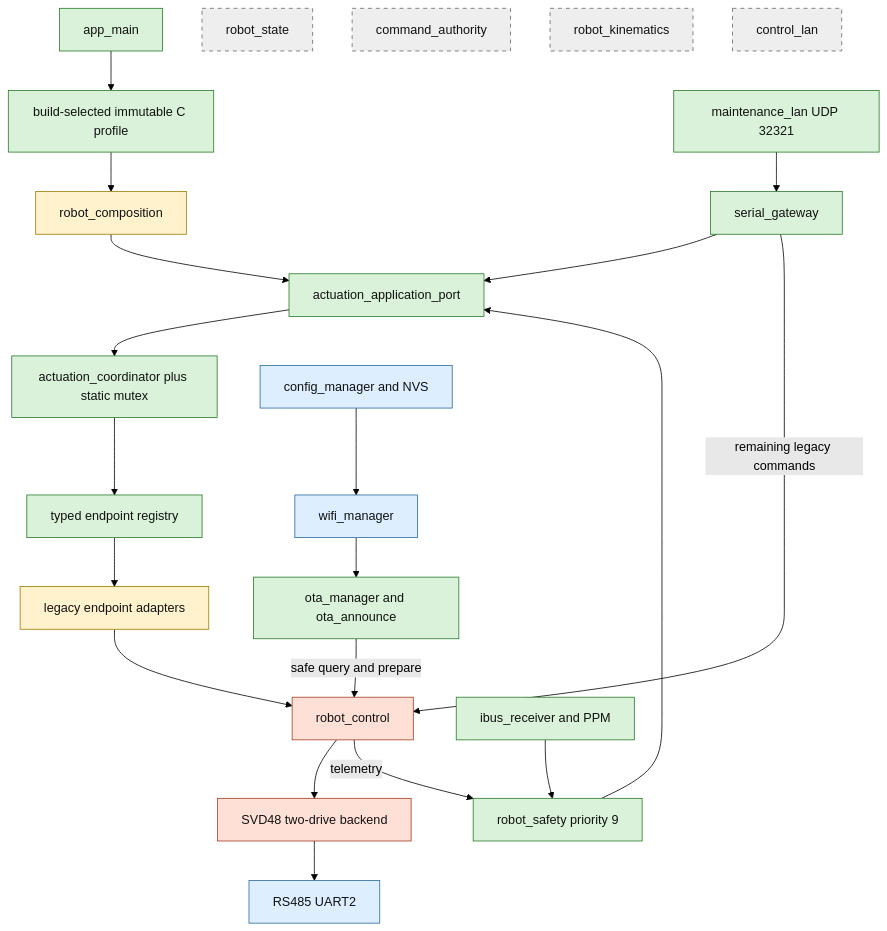
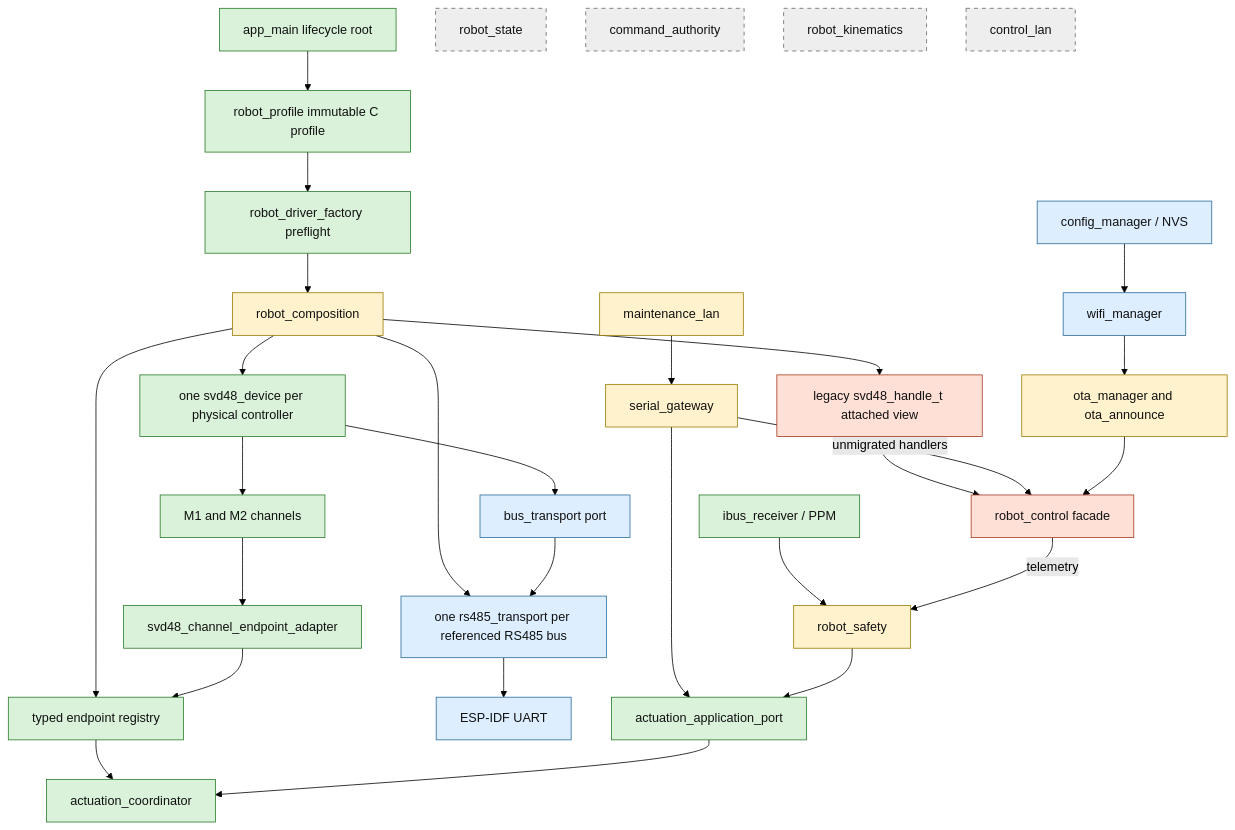
Before and after one commit to juanpmz2001/sistema-motriz-rs485: the first of 5 diagrams in docs/ARCHITECTURE.md, drawn with Mermaid (forest theme). The commit also changed other lines of this file and 67 other files, not shown here.

First line of the commit message:
refactor: complete SVD48 device composition iteration (#5)

````diff
--- a/docs/ARCHITECTURE.md
+++ b/docs/ARCHITECTURE.md
@@ -14,33 +17,39 @@
 ```mermaid
 flowchart TB
   classDef active fill:#d9f2d9,stroke:#287a28,color:#111
   classDef transition fill:#fff2cc,stroke:#9a7b00,color:#111
   classDef legacy fill:#ffe0d6,stroke:#a33a20,color:#111
   classDef dormant fill:#eeeeee,stroke:#666,stroke-dasharray:5 5,color:#111
   classDef infra fill:#dceeff,stroke:#286a9a,color:#111
 
-  MAIN[app_main]:::active --> PROFILE[build-selected immutable C profile]:::active
-  PROFILE --> COMPOSE[robot_composition]:::transition
-  COMPOSE --> APP[actuation_application_port]:::active
-  APP --> COORD[actuation_coordinator plus static mutex]:::active
-  COORD --> ENDPOINTS[typed endpoint registry]:::active
-  ENDPOINTS --> ADAPTER[legacy endpoint adapters]:::transition
-  ADAPTER --> CONTROL[robot_control]:::legacy
-  CONTROL --> SVD[SVD48 two-drive backend]:::legacy
-  SVD --> BUS[RS485 UART2]:::infra
+  MAIN[app_main lifecycle root]:::active --> PROFILE[robot_profile immutable C profile]:::active
+  PROFILE --> PREFLIGHT[robot_driver_factory preflight]:::active
+  PREFLIGHT --> COMPOSE[robot_composition]:::transition
+  COMPOSE --> RSBUS[one rs485_transport per referenced RS485 bus]:::infra
+  COMPOSE --> DEV[one svd48_device per physical controller]:::active
+  COMPOSE --> REG[typed endpoint registry]:::active
+  DEV --> CHANNEL[M1 and M2 channels]:::active
+  CHANNEL --> DIRECT[svd48_channel_endpoint_adapter]:::active
+  DIRECT --> REG
+  REG --> COORD[actuation_coordinator]:::active
+  RSBUS --> UART[ESP-IDF UART]:::infra
+  DEV --> BUSPORT[bus_transport port]:::infra --> RSBUS
 
-  SERIAL[serial_gateway]:::active --> APP
-  MAINT[maintenance_lan UDP 32321]:::active --> SERIAL
-  SAFETY[robot_safety priority 9]:::active --> APP
-  RC[ibus_receiver and PPM]:::active --> SAFETY
+  SERIAL[serial_gateway]:::transition --> APP[actuation_application_port]:::active
+  APP --> COORD
+  SAFETY[robot_safety]:::transition --> APP
+  MAINT[maintenance_lan]:::transition --> SERIAL
+  RC[ibus_receiver / PPM]:::active --> SAFETY
+
+  COMPOSE --> WRAP[legacy svd48_handle_t attached view]:::legacy
+  WRAP --> CONTROL[robot_control facade]:::legacy
+  SERIAL -->|unmigrated handlers| CONTROL
   CONTROL -->|telemetry| SAFETY
-
-  SERIAL -->|remaining legacy commands| CONTROL
-  OTA[ota_manager and ota_announce]:::active -->|safe query and prepare| CONTROL
-  CONFIG[config_manager and NVS]:::infra --> WIFI[wifi_manager]:::infra --> OTA
+  OTA[ota_manager and ota_announce]:::transition --> CONTROL
+  CONFIG[config_manager / NVS]:::infra --> WIFI[wifi_manager]:::infra --> OTA
 
   STATE[robot_state]:::dormant
   AUTH[command_authority]:::dormant
   KIN[robot_kinematics]:::dormant
   CLAN[control_lan]:::dormant
 ```
````
